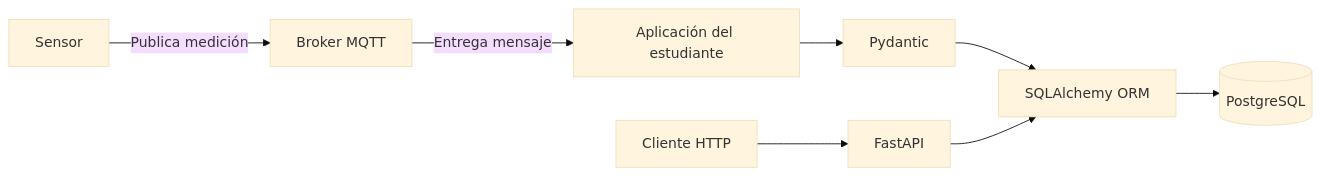
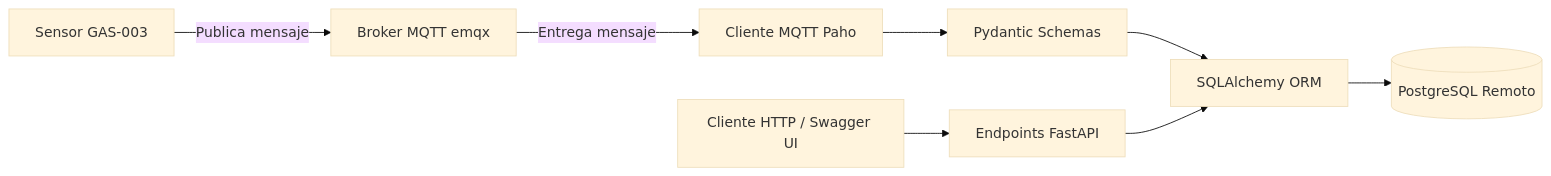
The diagram in README.md (julianm17297/Aplicaciones-y-servicios-web), drawn with Mermaid (base theme) before and after one commit. The commit also changed other lines of this file and 13 other files, not shown here.

````diff
--- a/README.md
+++ b/README.md
@@ -54,10 +21,10 @@
 ```mermaid
 flowchart LR
-    A[Sensor] -->|Publica medición| B[Broker MQTT]
-    B -->|Entrega mensaje| C[Aplicación del estudiante]
-    C --> D[Pydantic]
+    A[Sensor GAS-003] -->|Publica mensaje| B[Broker MQTT emqx]
+    B -->|Entrega mensaje| C[Cliente MQTT Paho]
+    C --> D[Pydantic Schemas]
     D --> E[SQLAlchemy ORM]
-    E --> F[(PostgreSQL)]
-    G[Cliente HTTP] --> H[FastAPI]
+    E --> F[(PostgreSQL Remoto)]
+    G[Cliente HTTP / Swagger UI] --> H[Endpoints FastAPI]
     H --> E
 ```
````
